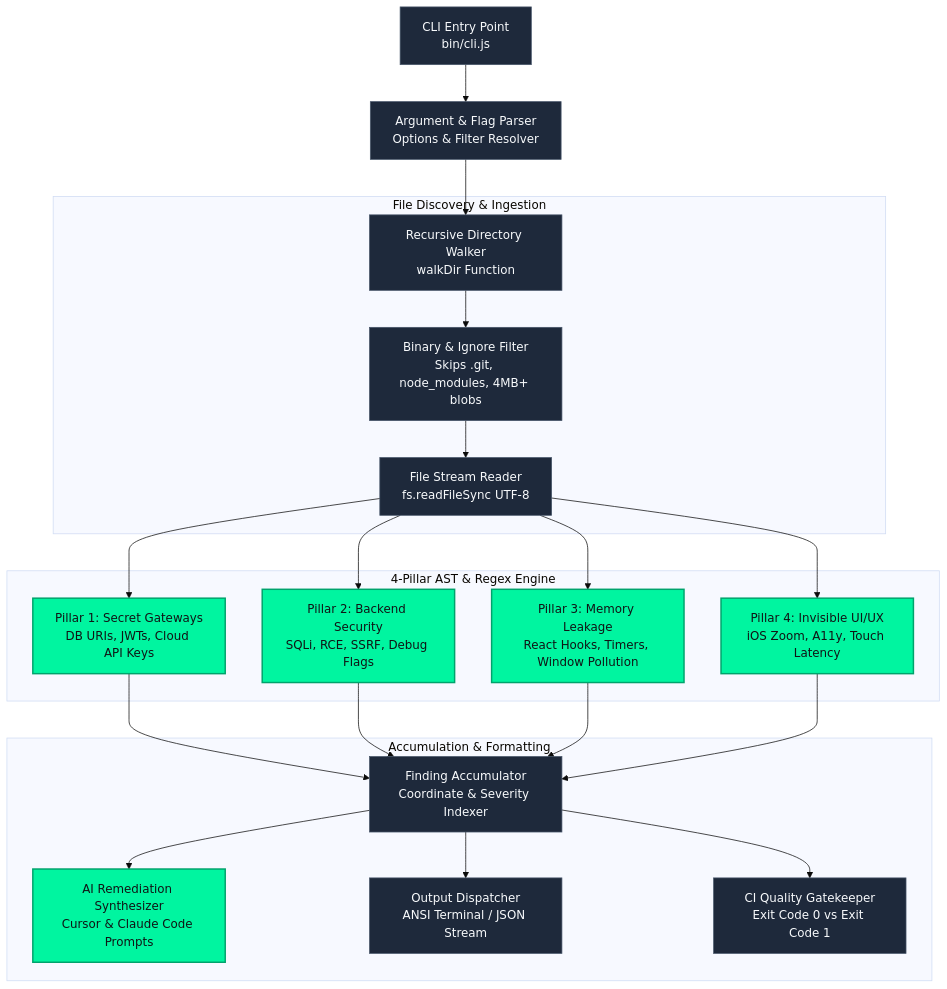
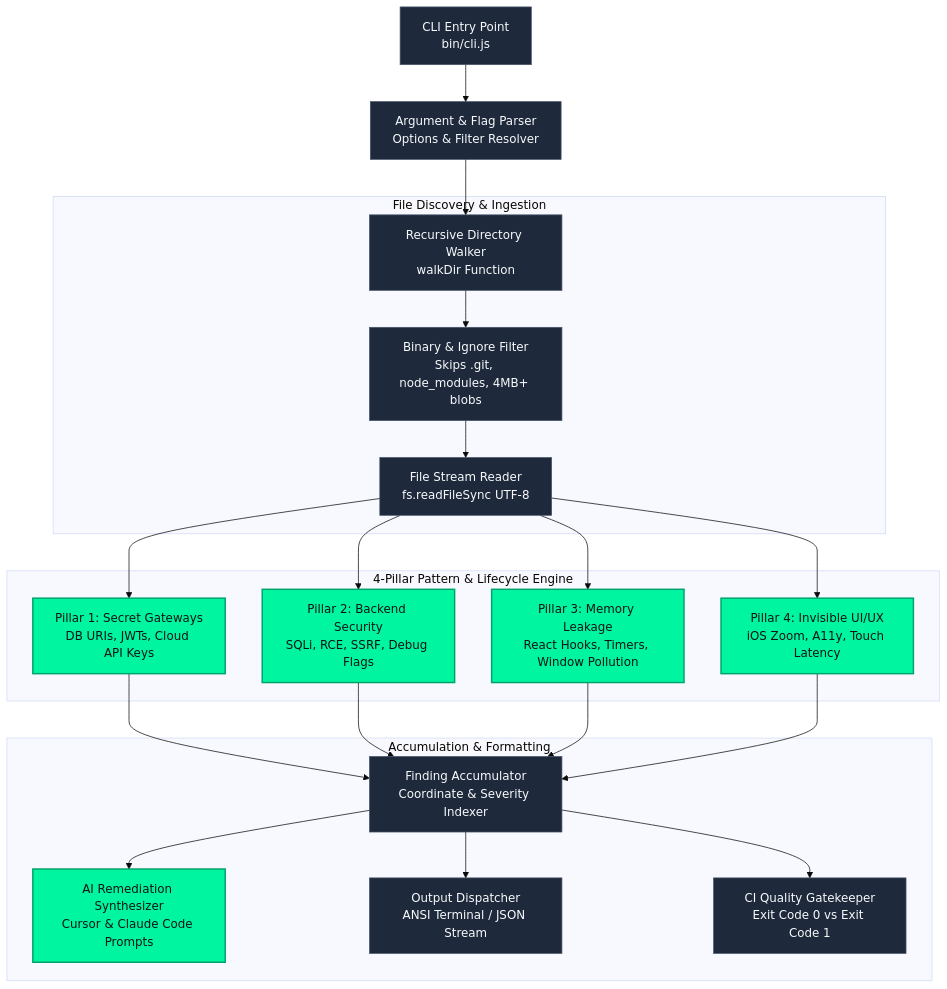
One commit to arnnnnaaavvvvv/MEJOR changed the first of 5 diagrams in README.md. Above: the diagram before and after it, drawn with Mermaid (base theme). The commit also changed other lines of this file, not shown here.

Commit message:
docs: refine positioning as developer security & code quality tool with pattern & lifecycle checks

````diff
--- a/README.md
+++ b/README.md
@@ -238,47 +240,47 @@
 ```mermaid
 flowchart TD
     classDef highlight fill:#00f5a0,stroke:#00a36c,stroke-width:2px,color:#0f1515;
     classDef standard fill:#1e293b,stroke:#475569,stroke-width:1px,color:#f8fafc;
 
     CLI[CLI Entry Point<br/>bin/cli.js]:::standard
     ARGS[Argument & Flag Parser<br/>Options & Filter Resolver]:::standard
 
     subgraph Traversal["File Discovery & Ingestion"]
         WALKER[Recursive Directory Walker<br/>walkDir Function]:::standard
         FILTER[Binary & Ignore Filter<br/>Skips .git, node_modules, 4MB+ blobs]:::standard
         STREAM[File Stream Reader<br/>fs.readFileSync UTF-8]:::standard
     end
 
-    subgraph AuditEngine["4-Pillar AST & Regex Engine"]
+    subgraph AuditEngine["4-Pillar Pattern & Lifecycle Engine"]
         PILLAR1[Pillar 1: Secret Gateways<br/>DB URIs, JWTs, Cloud API Keys]:::highlight
         PILLAR2[Pillar 2: Backend Security<br/>SQLi, RCE, SSRF, Debug Flags]:::highlight
         PILLAR3[Pillar 3: Memory Leakage<br/>React Hooks, Timers, Window Pollution]:::highlight
         PILLAR4[Pillar 4: Invisible UI/UX<br/>iOS Zoom, A11y, Touch Latency]:::highlight
     end
 
     subgraph Aggregation["Accumulation & Formatting"]
         FINDINGS[Finding Accumulator<br/>Coordinate & Severity Indexer]:::standard
         AI_SYNTH[AI Remediation Synthesizer<br/>Cursor & Claude Code Prompts]:::highlight
         REPORTER[Output Dispatcher<br/>ANSI Terminal / JSON Stream]:::standard
         GATEKEEPER[CI Quality Gatekeeper<br/>Exit Code 0 vs Exit Code 1]:::standard
     end
 
     CLI --> ARGS
     ARGS --> WALKER
     WALKER --> FILTER
     FILTER --> STREAM
 
     STREAM --> PILLAR1
     STREAM --> PILLAR2
     STREAM --> PILLAR3
     STREAM --> PILLAR4
 
     PILLAR1 --> FINDINGS
     PILLAR2 --> FINDINGS
     PILLAR3 --> FINDINGS
     PILLAR4 --> FINDINGS
 
     FINDINGS --> AI_SYNTH
     FINDINGS --> REPORTER
     FINDINGS --> GATEKEEPER
 ```
````
